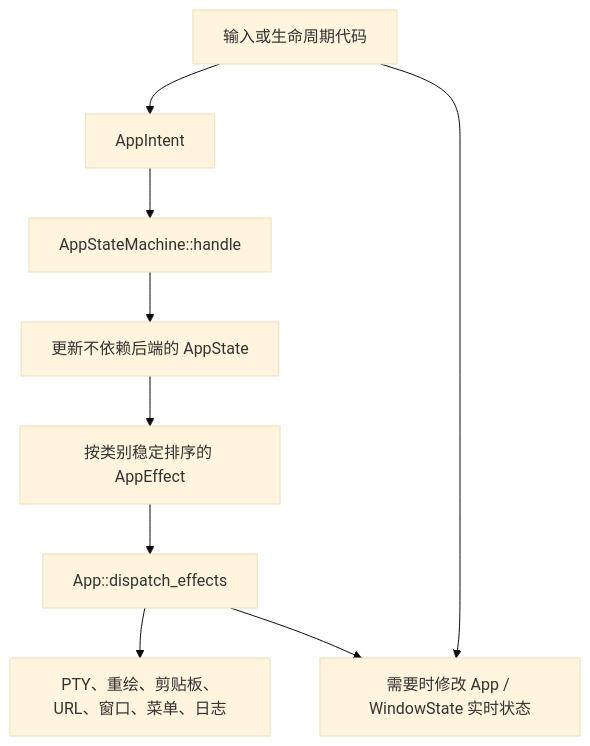
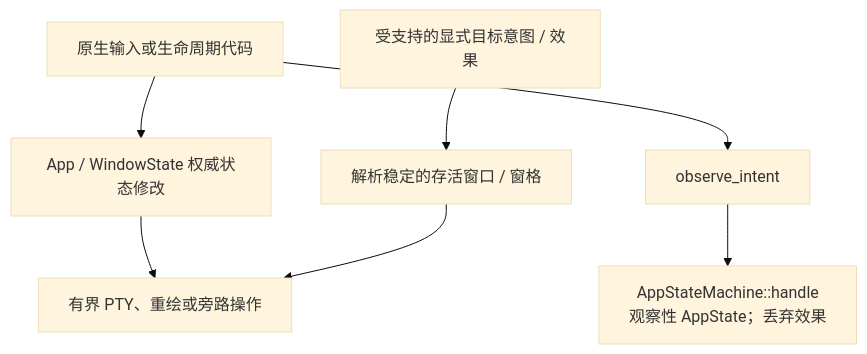
One commit to D0n9X1n/SonicTerm changed the sixth of 6 diagrams in wiki/Runtime-Lifecycle.md. Above: the diagram before and after it, drawn with Mermaid (base theme). The commit also changed other lines of this file and 37 other files, not shown here.

````diff
--- a/wiki/Runtime-Lifecycle.md
+++ b/wiki/Runtime-Lifecycle.md
@@ -799,15 +861,14 @@
 ```mermaid
 flowchart TD
-    source["输入或生命周期代码"]
-    intent["AppIntent"]
-    machine["AppStateMachine::handle"]
-    state["更新不依赖后端的 AppState"]
-    effects["按类别稳定排序的 AppEffect"]
-    dispatch["App::dispatch_effects"]
-    boundary["PTY、重绘、剪贴板、URL、窗口、菜单、日志"]
-    live["需要时修改 App / WindowState 实时状态"]
+    source["原生输入或生命周期代码"]
+    live["App / WindowState 权威状态修改"]
+    observe["observe_intent"]
+    machine["AppStateMachine::handle<br/>观察性 AppState；丢弃效果"]
+    explicit["受支持的显式目标意图 / 效果"]
+    resolve["解析稳定的存活窗口 / 窗格"]
+    boundary["有界 PTY、重绘或旁路操作"]
 
-    source --> intent --> machine --> state --> effects --> dispatch --> boundary
-    source --> live
-    dispatch --> live
+    source --> live --> boundary
+    source --> observe --> machine
+    explicit --> resolve --> boundary
 ```
````
